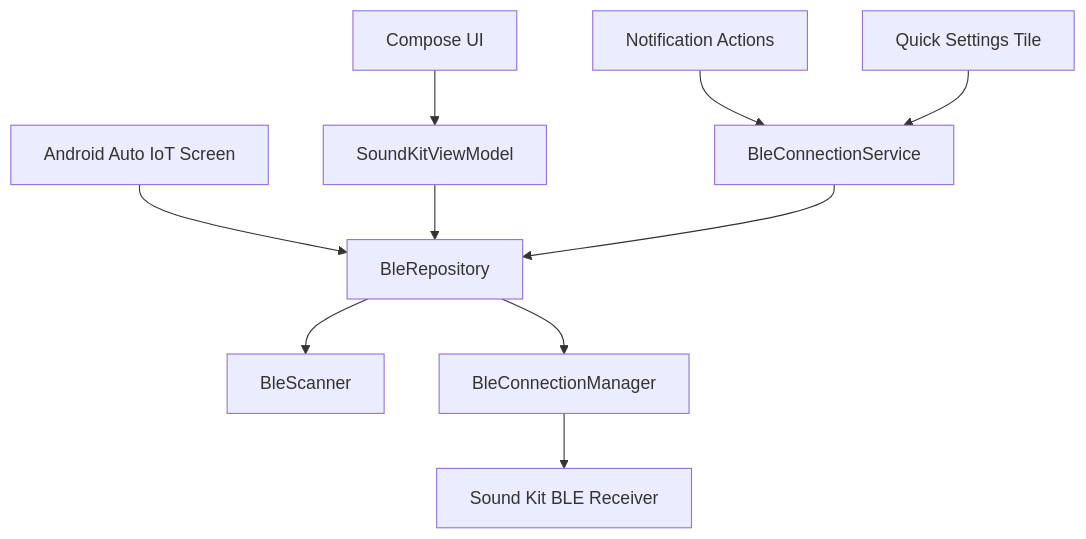
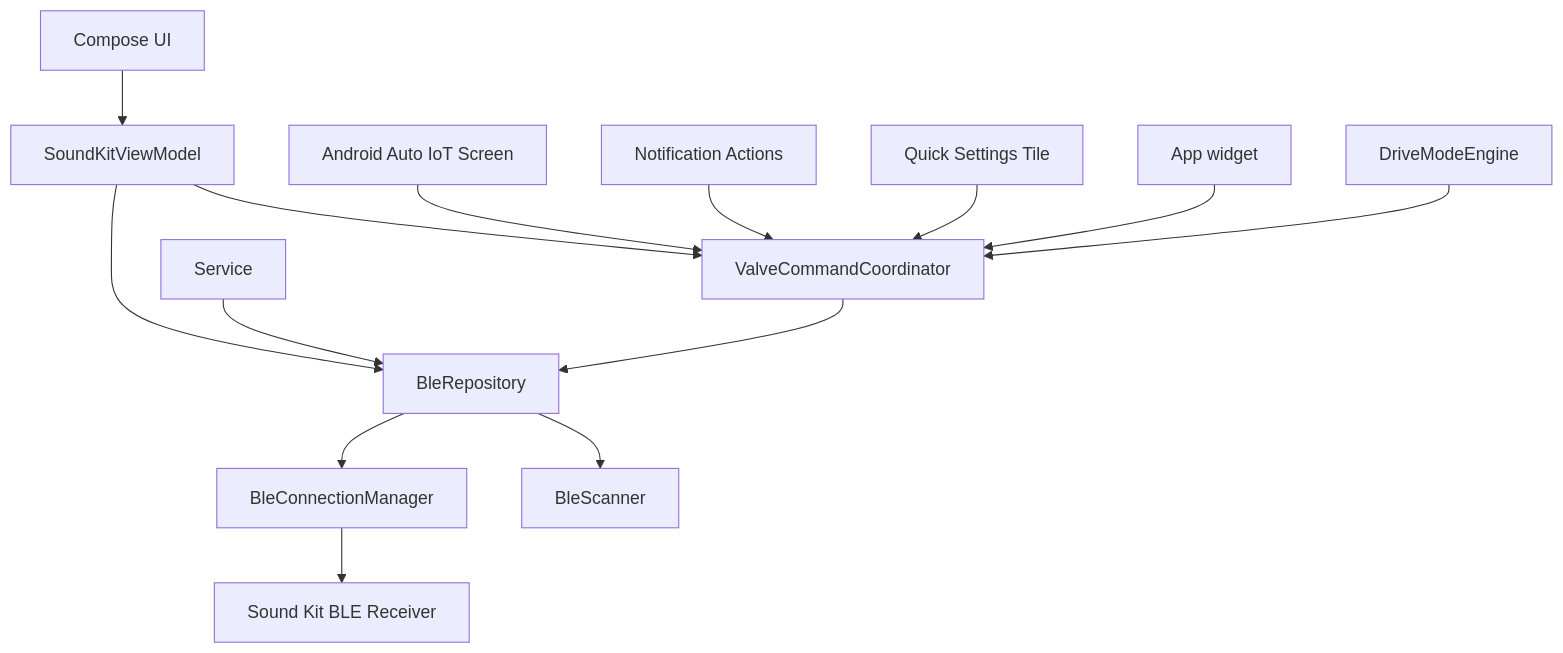
One commit to lukey662/akrapovic-Soundkit-Community-Edition changed the first of 2 diagrams in SPEC.md. Above: the diagram before and after it, drawn with Mermaid. The commit also changed other lines of this file and 64 other files, not shown here.

````diff
--- a/SPEC.md
+++ b/SPEC.md
@@ -20,12 +20,16 @@
 ```mermaid
 flowchart TD
     ComposeUI[Compose UI] --> ViewModel[SoundKitViewModel]
-    AndroidAuto[Android Auto IoT Screen] --> Repository[BleRepository]
-    Notification[Notification Actions] --> Service[BleConnectionService]
-    QuickTile[Quick Settings Tile] --> Service
+    ViewModel --> Coordinator[ValveCommandCoordinator]
+    AndroidAuto[Android Auto IoT Screen] --> Coordinator
+    Notification[Notification Actions] --> Coordinator
+    QuickTile[Quick Settings Tile] --> Coordinator
+    Widget[App widget] --> Coordinator
+    DriveMode[DriveModeEngine] --> Coordinator
+    Coordinator --> Repository[BleRepository]
     ViewModel --> Repository
     Service --> Repository
     Repository --> Scanner[BleScanner]
     Repository --> ConnectionManager[BleConnectionManager]
     ConnectionManager --> Receiver[Sound Kit BLE Receiver]
 ```
````
